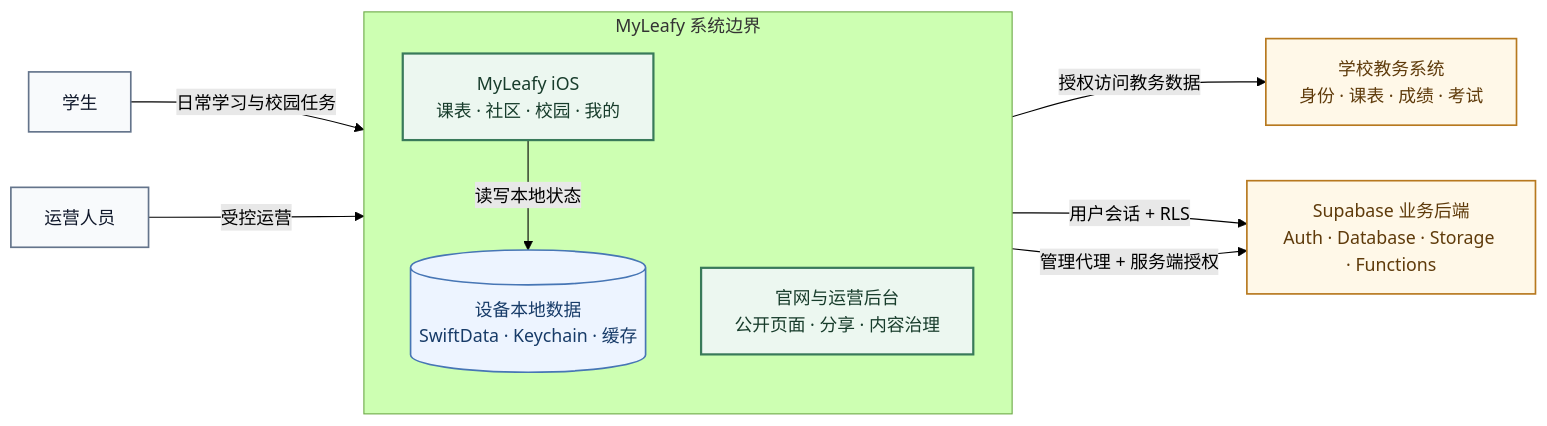
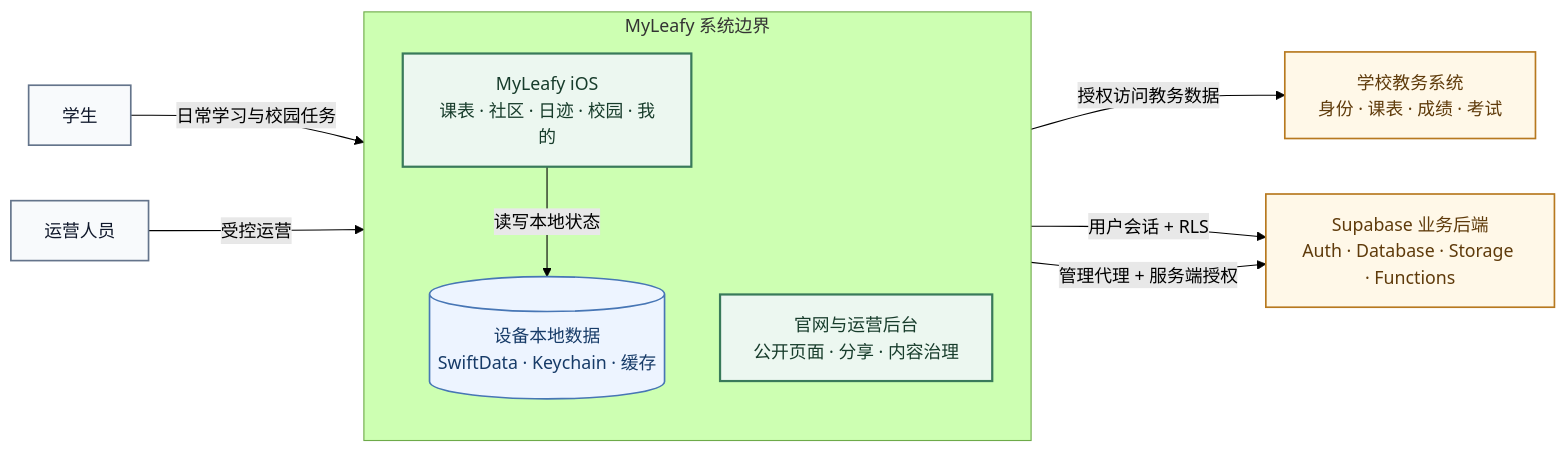
One commit to IsaacHuo/MyLeafy changed the diagram in README.md. Above: the diagram before and after it, drawn with Mermaid (forest theme). The commit also changed other lines of this file and 17 other files, not shown here.

````diff
--- a/README.md
+++ b/README.md
@@ -19,31 +19,31 @@
 ```mermaid
 flowchart LR
     Student["学生"]
     Operator["运营人员"]
 
     subgraph Product["MyLeafy 系统边界"]
         direction TB
-        IOS["MyLeafy iOS<br/>课表 · 社区 · 校园 · 我的"]
+        IOS["MyLeafy iOS<br/>课表 · 社区 · 日迹 · 校园 · 我的"]
         Local[("设备本地数据<br/>SwiftData · Keychain · 缓存")]
         Web["官网与运营后台<br/>公开页面 · 分享 · 内容治理"]
         IOS -->|读写本地状态| Local
     end
 
     School["学校教务系统<br/>身份 · 课表 · 成绩 · 考试"]
     Backend["Supabase 业务后端<br/>Auth · Database · Storage · Functions"]
 
     Student -->|日常学习与校园任务| IOS
     Operator -->|受控运营| Web
     IOS -->|授权访问教务数据| School
     IOS -->|用户会话 + RLS| Backend
     Web -->|管理代理 + 服务端授权| Backend
 
     classDef actor fill:#F8FAFC,stroke:#64748B,color:#0F172A,stroke-width:1.5px;
     classDef owned fill:#ECF7F0,stroke:#397A5A,color:#173C2B,stroke-width:2px;
     classDef external fill:#FFF8E8,stroke:#B7791F,color:#5F3B0B,stroke-width:1.5px;
     classDef data fill:#EDF4FF,stroke:#4776B5,color:#173B68,stroke-width:1.5px;
     class Student,Operator actor;
     class IOS,Web owned;
     class School,Backend external;
     class Local data;
 ```
````
